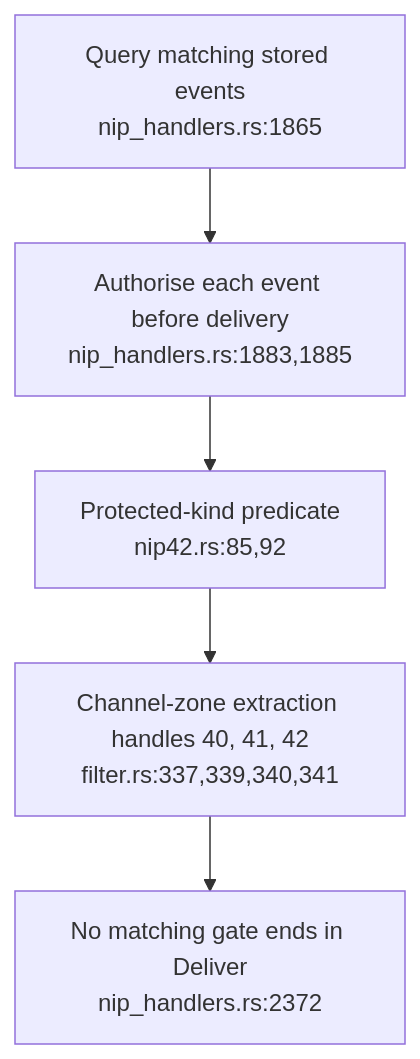
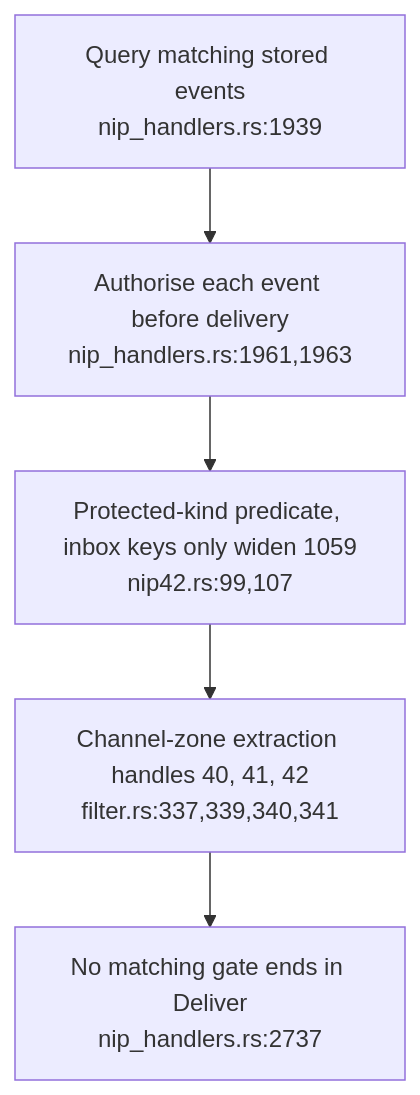
Before and after one commit to DreamLab-AI/VisionFlow: the second of 3 diagrams in docs/diagrams/nostr-rust-forum/13-group-admission-and-replacement.md, drawn with Mermaid. The commit also changed other lines of this file and 4 other files, not shown here.

First line of the commit message:
docs(diagrams): re-verify NF-13, NF-19, NF-20, NF-22, NF-23 at nostr-rust-forum af4f0d5

````diff
--- a/docs/diagrams/nostr-rust-forum/13-group-admission-and-replacement.md
+++ b/docs/diagrams/nostr-rust-forum/13-group-admission-and-replacement.md
@@ -41,7 +41,7 @@
 ```mermaid
 flowchart TD
-    REQ["Query matching stored events<br/>nip_handlers.rs:1865"] --> EACH["Authorise each event before delivery<br/>nip_handlers.rs:1883,1885"]
-    EACH --> PROTECTED["Protected-kind predicate<br/>nip42.rs:85,92"]
+    REQ["Query matching stored events<br/>nip_handlers.rs:1939"] --> EACH["Authorise each event before delivery<br/>nip_handlers.rs:1961,1963"]
+    EACH --> PROTECTED["Protected-kind predicate, inbox keys only widen 1059<br/>nip42.rs:99,107"]
     PROTECTED --> ZONE["Channel-zone extraction handles 40, 41, 42<br/>filter.rs:337,339,340,341"]
-    ZONE --> DELIVER["No matching gate ends in Deliver<br/>nip_handlers.rs:2372"]
+    ZONE --> DELIVER["No matching gate ends in Deliver<br/>nip_handlers.rs:2737"]
 ```
````
